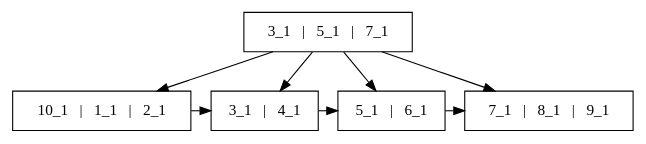
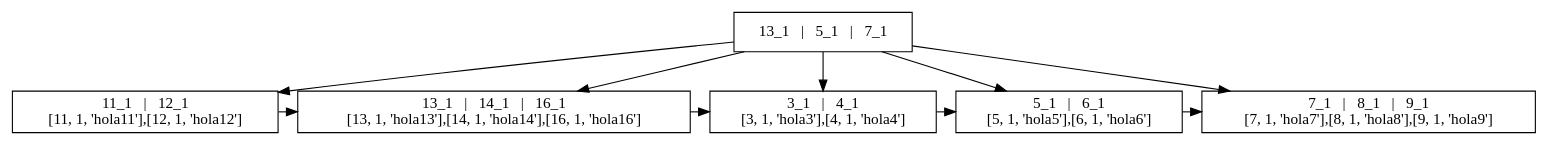
The diagram in archivo.dot (AaronGMG2000/Vacaciones_Diciembre_ProyectoEDD), drawn with Graphviz before and after one commit. The commit also changed 3 other files, not shown here.

```diff
--- a/archivo.dot
+++ b/archivo.dot
@@ -1,15 +1,22 @@
 digraph dibujo{
 graph [ordering="out"];rankdir=TB;
 node [shape = box];
-Nodo3_1D5_1D7_1 [ label = "3_1   |   5_1   |   7_1"];
-NodoH10_1D1_1D2_1 [ label = "10_1   |   1_1   |   2_1"];
-Nodo3_1D5_1D7_1->NodoH10_1D1_1D2_1;
-NodoH3_1D4_1 [ label = "3_1   |   4_1"];
-Nodo3_1D5_1D7_1->NodoH3_1D4_1;
-NodoH5_1D6_1 [ label = "5_1   |   6_1"];
-Nodo3_1D5_1D7_1->NodoH5_1D6_1;
-NodoH7_1D8_1D9_1 [ label = "7_1   |   8_1   |   9_1"];
-Nodo3_1D5_1D7_1->NodoH7_1D8_1D9_1;
-NodoH10_1D1_1D2_1->NodoH3_1D4_1->NodoH5_1D6_1->NodoH7_1D8_1D9_1;
-{rank=same;NodoH10_1D1_1D2_1;NodoH3_1D4_1;NodoH5_1D6_1;NodoH7_1D8_1D9_1}
+Nodo13_1D5_1D7_1 [ label = "13_1   |   5_1   |   7_1"];
+NodoH11_1D12_1 [ label = "11_1   |   12_1
+[11, 1, 'hola11'],[12, 1, 'hola12']"];
+Nodo13_1D5_1D7_1->NodoH11_1D12_1;
+NodoH13_1D14_1D16_1 [ label = "13_1   |   14_1   |   16_1
+[13, 1, 'hola13'],[14, 1, 'hola14'],[16, 1, 'hola16']"];
+Nodo13_1D5_1D7_1->NodoH13_1D14_1D16_1;
+NodoH3_1D4_1 [ label = "3_1   |   4_1
+[3, 1, 'hola3'],[4, 1, 'hola4']"];
+Nodo13_1D5_1D7_1->NodoH3_1D4_1;
+NodoH5_1D6_1 [ label = "5_1   |   6_1
+[5, 1, 'hola5'],[6, 1, 'hola6']"];
+Nodo13_1D5_1D7_1->NodoH5_1D6_1;
+NodoH7_1D8_1D9_1 [ label = "7_1   |   8_1   |   9_1
+[7, 1, 'hola7'],[8, 1, 'hola8'],[9, 1, 'hola9']"];
+Nodo13_1D5_1D7_1->NodoH7_1D8_1D9_1;
+NodoH11_1D12_1->NodoH13_1D14_1D16_1->NodoH3_1D4_1->NodoH5_1D6_1->NodoH7_1D8_1D9_1;
+{rank=same;NodoH11_1D12_1;NodoH13_1D14_1D16_1;NodoH3_1D4_1;NodoH5_1D6_1;NodoH7_1D8_1D9_1}
 }
```
